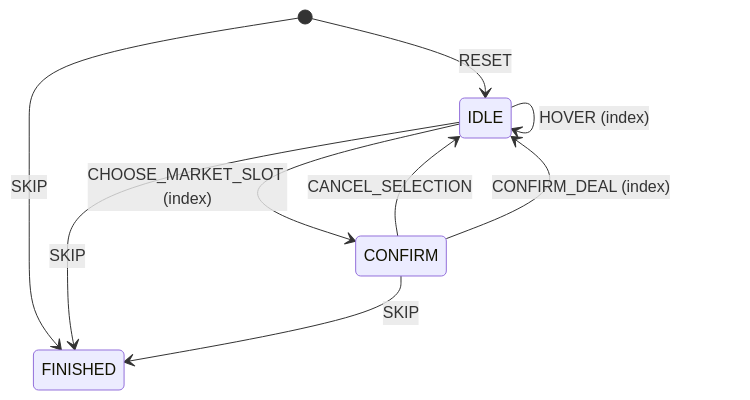
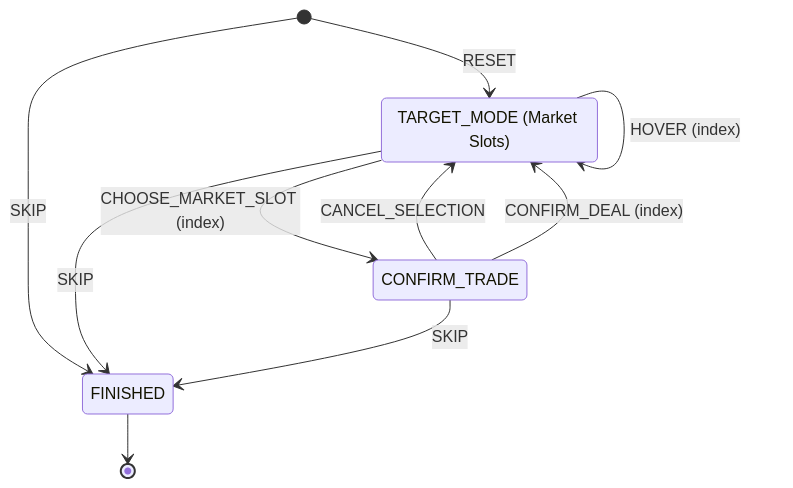
The third of 7 diagrams in docs/diagrams.md (tfcp68/battle-farm), drawn with Mermaid before and after one commit. The commit also changed other lines of this file and 23 other files, not shown here.

Commit message:
object models for entities; dedicated target mode"

````diff
--- a/docs/diagrams.md
+++ b/docs/diagrams.md
@@ -8,11 +90,13 @@
 ```mermaid
 stateDiagram-v2
-[*] --> FINISHED: SKIP
-IDLE --> FINISHED: SKIP
-CONFIRM --> FINISHED: SKIP
-CONFIRM --> IDLE: CANCEL_SELECTION
-CONFIRM --> IDLE: CONFIRM_DEAL (index)
-IDLE --> IDLE: HOVER (index)
-IDLE --> CONFIRM: CHOOSE_MARKET_SLOT (index)
-[*] --> IDLE: RESET
+state "TARGET_MODE (Market Slots)" as IDLE
+[*]-->IDLE: RESET
+[*]-->FINISHED: SKIP
+IDLE-->FINISHED: SKIP
+CONFIRM_TRADE-->FINISHED: SKIP
+CONFIRM_TRADE-->IDLE: CANCEL_SELECTION
+CONFIRM_TRADE-->IDLE: CONFIRM_DEAL (index)
+IDLE-->IDLE: HOVER (index)
+IDLE-->CONFIRM_TRADE: CHOOSE_MARKET_SLOT (index)
+FINISHED-->[*]
 ```
````
